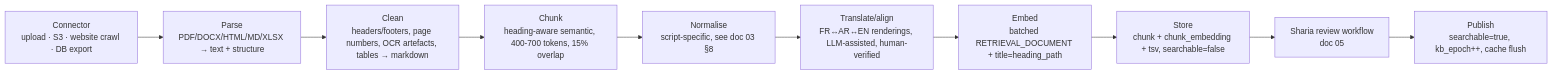
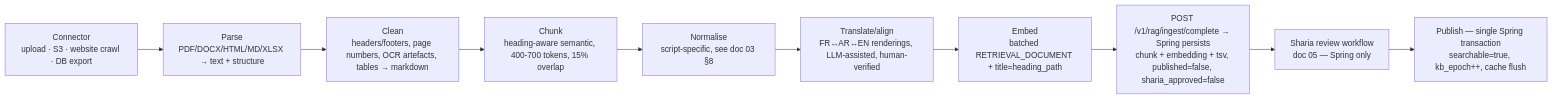
One commit to seif-bkh/albaraka-ai changed the third of 3 diagrams in docs/04-rag-pipeline.md. Above: the diagram before and after it, drawn with Mermaid. The commit also changed other lines of this file and 8 other files, not shown here.

````diff
--- a/docs/04-rag-pipeline.md
+++ b/docs/04-rag-pipeline.md
@@ -329,12 +354,12 @@
 ```mermaid
 flowchart LR
     S1[Connector<br/>upload · S3 · website crawl · DB export] --> P[Parse<br/>PDF/DOCX/HTML/MD/XLSX → text + structure]
     P --> CL[Clean<br/>headers/footers, page numbers, OCR artefacts, tables → markdown]
     CL --> CH[Chunk<br/>heading-aware semantic, 400-700 tokens, 15% overlap]
     CH --> NO[Normalise<br/>script-specific, see doc 03 §8]
     NO --> TR[Translate/align<br/>FR↔AR↔EN renderings, LLM-assisted, human-verified]
     TR --> EM[Embed<br/>batched RETRIEVAL_DOCUMENT + title=heading_path]
-    EM --> ST[Store<br/>chunk + chunk_embedding + tsv, searchable=false]
-    ST --> RV[Sharia review workflow<br/>doc 05]
-    RV --> PUB[Publish<br/>searchable=true, kb_epoch++, cache flush]
+    EM --> ST[POST /v1/rag/ingest/complete → Spring persists<br/>chunk + embedding + tsv, published=false, sharia_approved=false]
+    ST --> RV[Sharia review workflow<br/>doc 05 — Spring only]
+    RV --> PUB[Publish — single Spring transaction<br/>searchable=true, kb_epoch++, cache flush]
 ```
````
